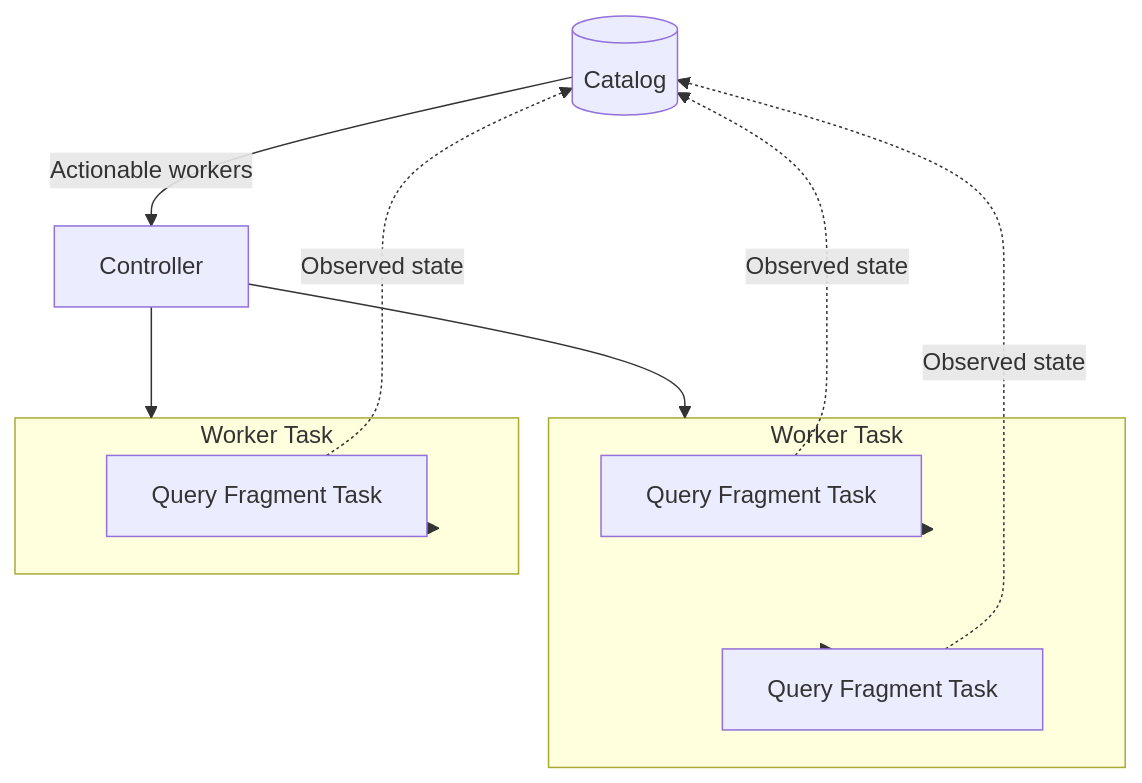
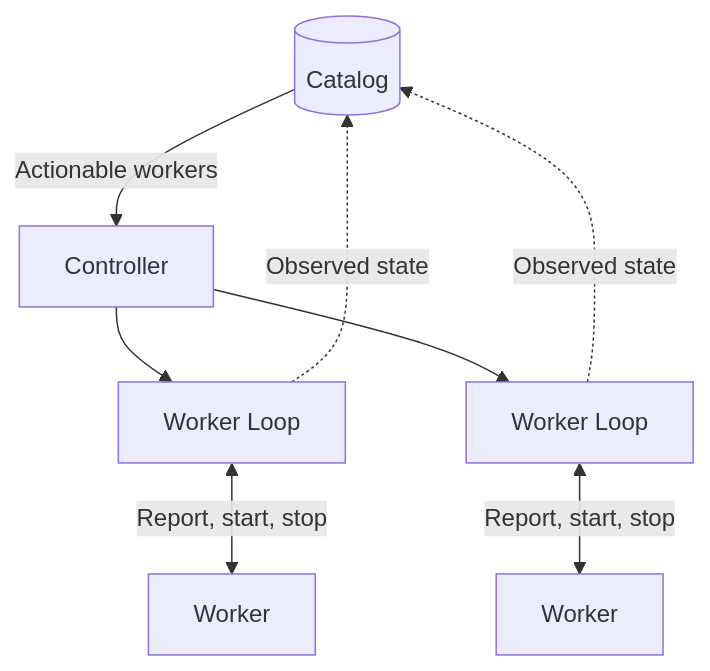
The diagram in nes-coordinator/controller/README.md (nebulastream/nebulastream), drawn with Mermaid before and after one commit. The commit also changed other lines of this file and 33 other files, not shown here.

First line of the commit message:
refactor(controller): reconcile each worker from one status report

````diff
--- a/nes-coordinator/controller/README.md
+++ b/nes-coordinator/controller/README.md
@@ -11,24 +11,17 @@
 ```mermaid
 flowchart TB
     Catalog[(Catalog)]
     Controller[Controller]
-
-    subgraph WorkerA[Worker Task]
-        FragmentA[Query Fragment Task]
-        FragmentB[Query Fragment Task]
-    end
-
-    subgraph WorkerB[Worker Task]
-        FragmentC[Query Fragment Task]
-    end
+    LoopA[Worker Loop]
+    LoopB[Worker Loop]
+    WorkerA[Worker]
+    WorkerB[Worker]
 
     Catalog -->|Actionable workers| Controller
-    Controller --> WorkerA
-    Controller --> WorkerB
-    WorkerA --> FragmentA
-    WorkerA --> FragmentB
-    WorkerB --> FragmentC
-    FragmentA -.->|Observed state| Catalog
-    FragmentB -.->|Observed state| Catalog
-    FragmentC -.->|Observed state| Catalog
+    Controller --> LoopA
+    Controller --> LoopB
+    LoopA <-->|Report, start, stop| WorkerA
+    LoopB <-->|Report, start, stop| WorkerB
+    LoopA -.->|Observed state| Catalog
+    LoopB -.->|Observed state| Catalog
 ```
````
